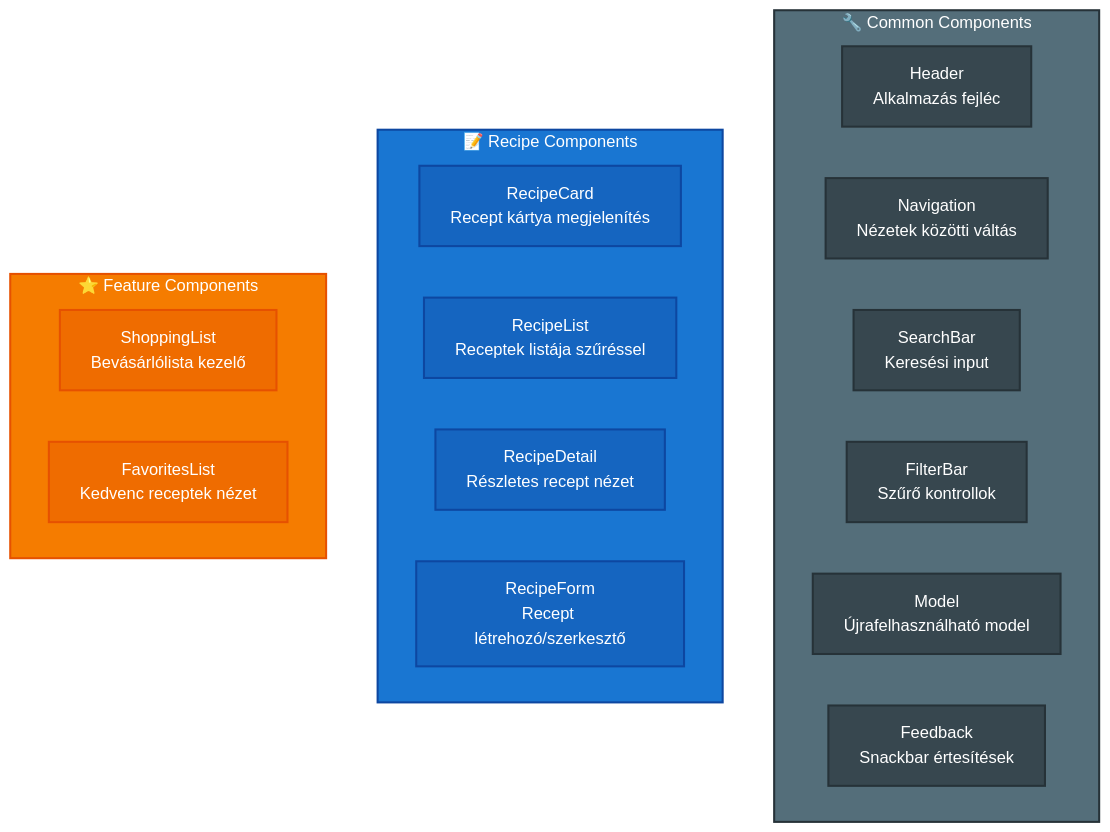
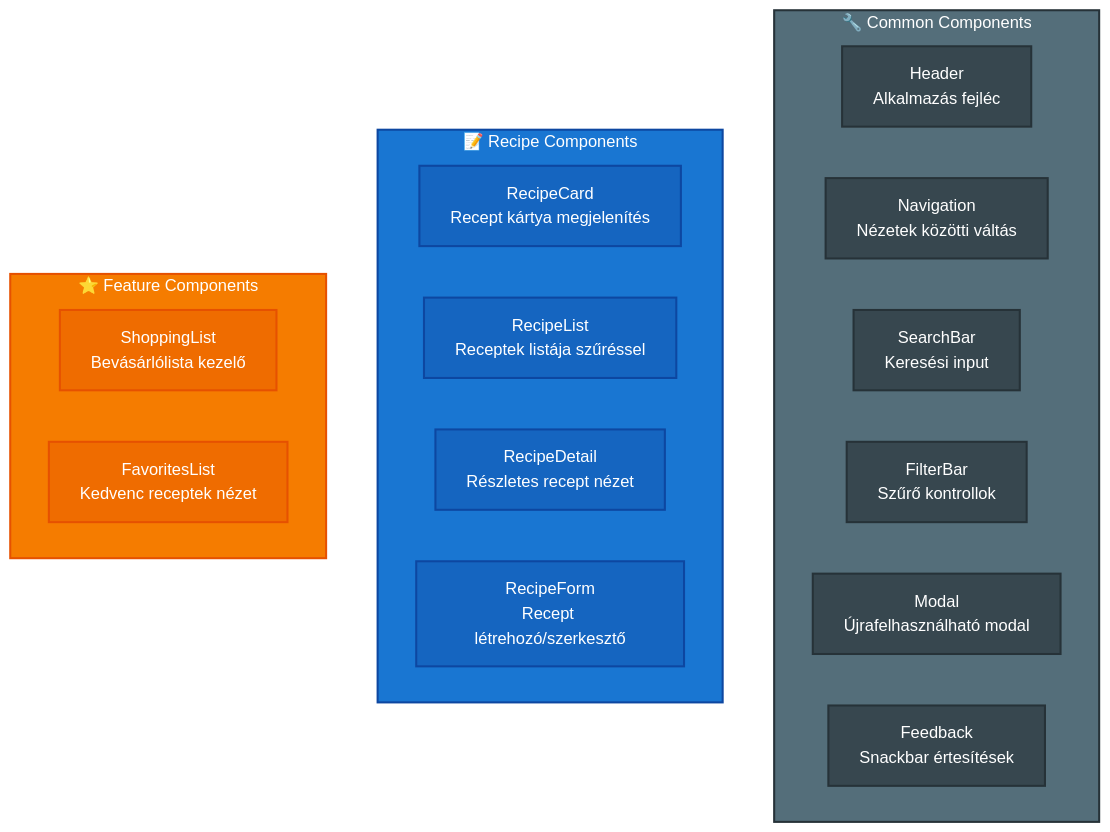
One commit to jajecnikmarci/kliensoldali-NHF changed the ninth of 14 diagrams in README.md. Above: the diagram before and after it, drawn with Mermaid. The commit also changed other lines of this file, not shown here.

````diff
--- a/README.md
+++ b/README.md
@@ -522,39 +522,39 @@
 ```mermaid
 graph TB
     subgraph Common["🔧 Common Components"]
         Header["Header<br/>Alkalmazás fejléc"]
         Navigation["Navigation<br/>Nézetek közötti váltás"]
         SearchBar["SearchBar<br/>Keresési input"]
         FilterBar["FilterBar<br/>Szűrő kontrollok"]
-        Model["Model<br/>Újrafelhasználható model"]
+        Modal["Modal<br/>Újrafelhasználható modal"]
         Feedback["Feedback<br/>Snackbar értesítések"]
     end
     
     subgraph Recipe["📝 Recipe Components"]
         RecipeCard["RecipeCard<br/>Recept kártya megjelenítés"]
         RecipeList["RecipeList<br/>Receptek listája szűréssel"]
         RecipeDetail["RecipeDetail<br/>Részletes recept nézet"]
         RecipeForm["RecipeForm<br/>Recept létrehozó/szerkesztő"]
     end
     
     subgraph Feature["⭐ Feature Components"]
         ShoppingList["ShoppingList<br/>Bevásárlólista kezelő"]
         FavoritesList["FavoritesList<br/>Kedvenc receptek nézet"]
     end
     
     style Common fill:#546e7a,stroke:#263238,stroke-width:2px,color:#fff
     style Recipe fill:#1976d2,stroke:#0d47a1,stroke-width:2px,color:#fff
     style Feature fill:#f57c00,stroke:#e65100,stroke-width:2px,color:#fff
     style Header fill:#37474f,stroke:#263238,stroke-width:2px,color:#fff
     style Navigation fill:#37474f,stroke:#263238,stroke-width:2px,color:#fff
     style SearchBar fill:#37474f,stroke:#263238,stroke-width:2px,color:#fff
     style FilterBar fill:#37474f,stroke:#263238,stroke-width:2px,color:#fff
-    style Model fill:#37474f,stroke:#263238,stroke-width:2px,color:#fff
+    style Modal fill:#37474f,stroke:#263238,stroke-width:2px,color:#fff
     style Feedback fill:#37474f,stroke:#263238,stroke-width:2px,color:#fff
     style RecipeCard fill:#1565c0,stroke:#0d47a1,stroke-width:2px,color:#fff
     style RecipeList fill:#1565c0,stroke:#0d47a1,stroke-width:2px,color:#fff
     style RecipeDetail fill:#1565c0,stroke:#0d47a1,stroke-width:2px,color:#fff
     style RecipeForm fill:#1565c0,stroke:#0d47a1,stroke-width:2px,color:#fff
     style ShoppingList fill:#ef6c00,stroke:#e65100,stroke-width:2px,color:#fff
     style FavoritesList fill:#ef6c00,stroke:#e65100,stroke-width:2px,color:#fff
 ```
````
